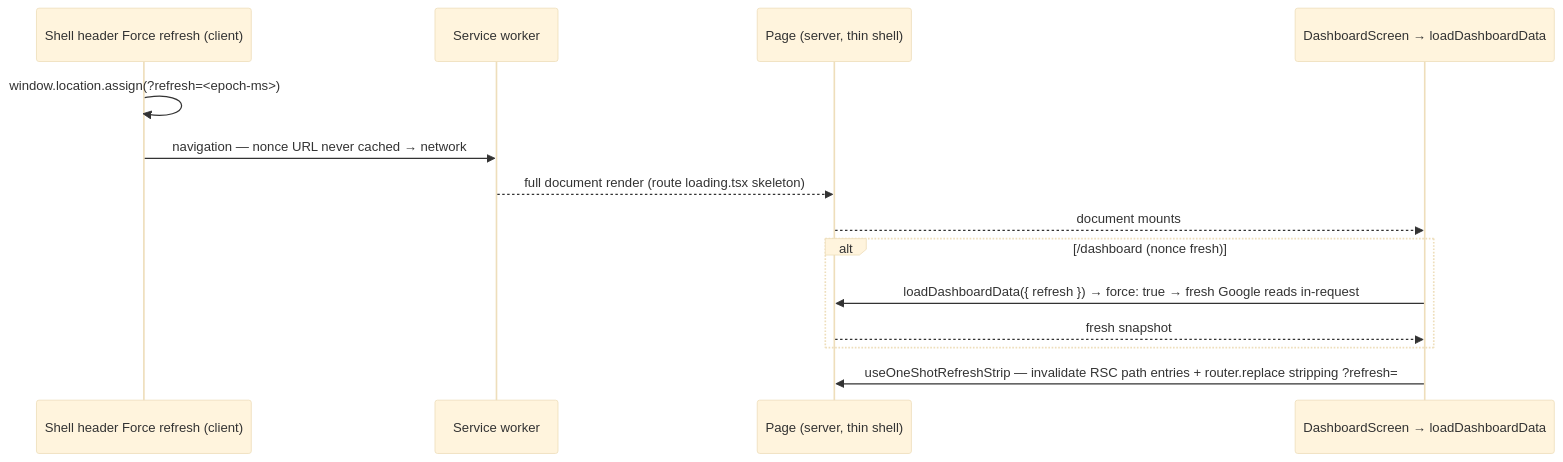
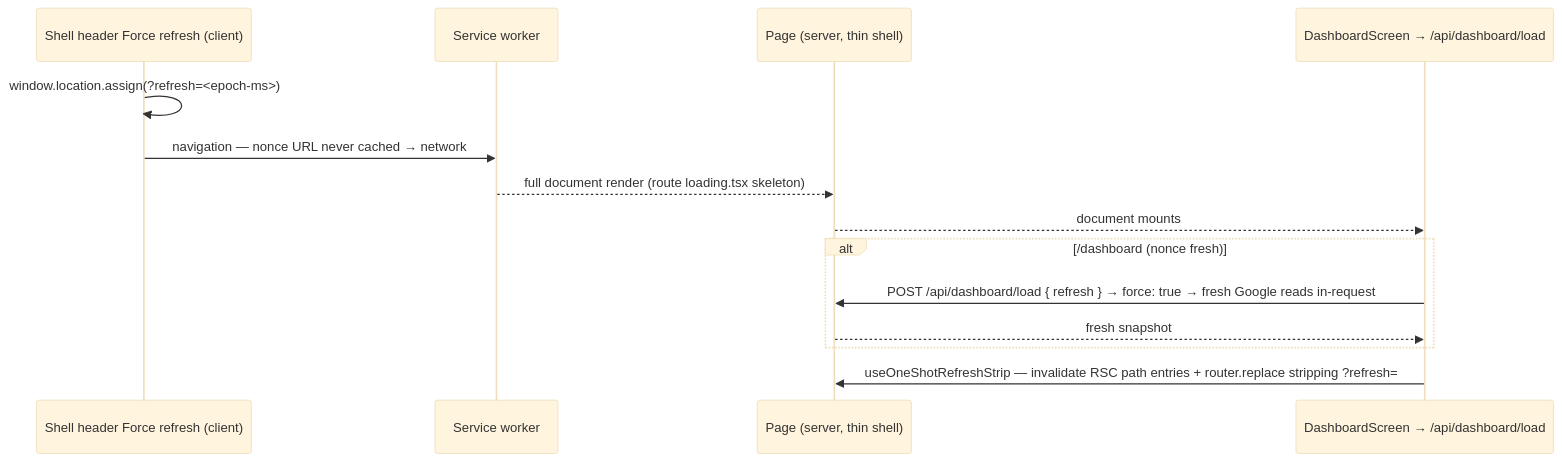
One commit to oncloudnintynineone-source/cloudy2 changed the second of 6 diagrams in docs/loading-transitions.md. Above: the diagram before and after it, drawn with Mermaid (base theme). The commit also changed other lines of this file and 38 other files, not shown here.

````diff
--- a/docs/loading-transitions.md
+++ b/docs/loading-transitions.md
@@ -256,16 +256,16 @@
 ```mermaid
 sequenceDiagram
  participant V as Shell header Force refresh (client)
  participant SW as Service worker
  participant P as Page (server, thin shell)
- participant R as DashboardScreen → loadDashboardData
+ participant R as DashboardScreen → /api/dashboard/load
  V->>V: window.location.assign(?refresh=<epoch-ms>)
  V->>SW: navigation — nonce URL never cached → network
  SW-->>P: full document render (route loading.tsx skeleton)
  P-->>R: document mounts
  alt /dashboard (nonce fresh)
- R->>P: loadDashboardData({ refresh }) → force: true → fresh Google reads in-request
+ R->>P: POST /api/dashboard/load { refresh } → force: true → fresh Google reads in-request
  P-->>R: fresh snapshot
  end
  R->>P: useOneShotRefreshStrip — invalidate RSC path entries + router.replace stripping ?refresh=
 ```
````
